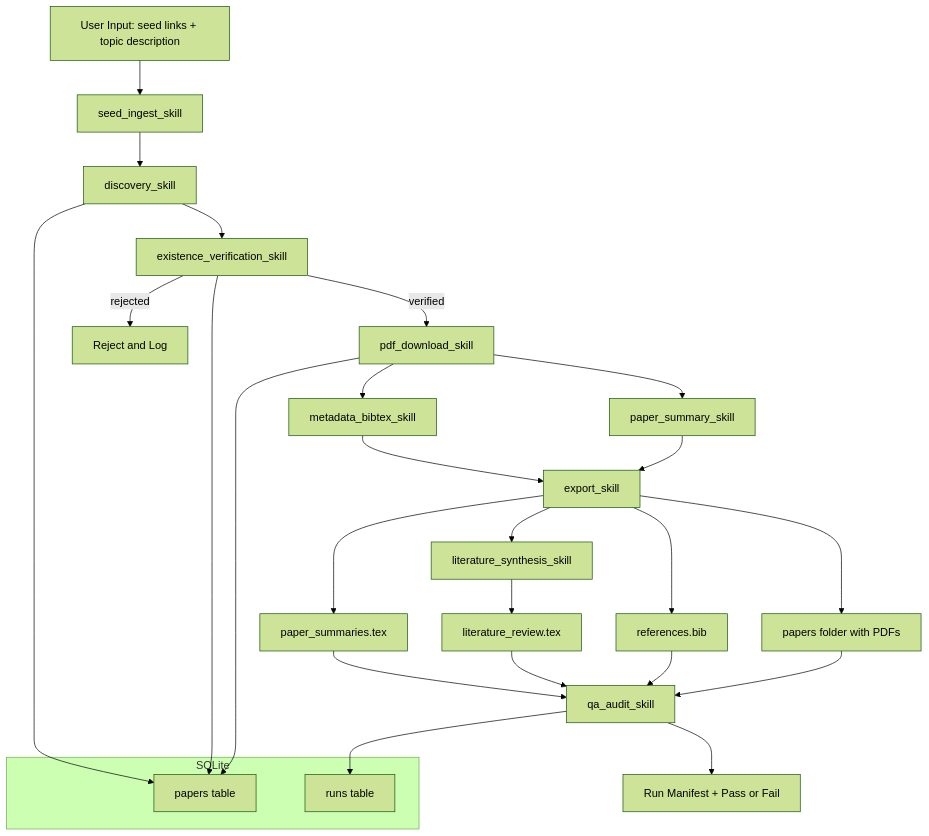
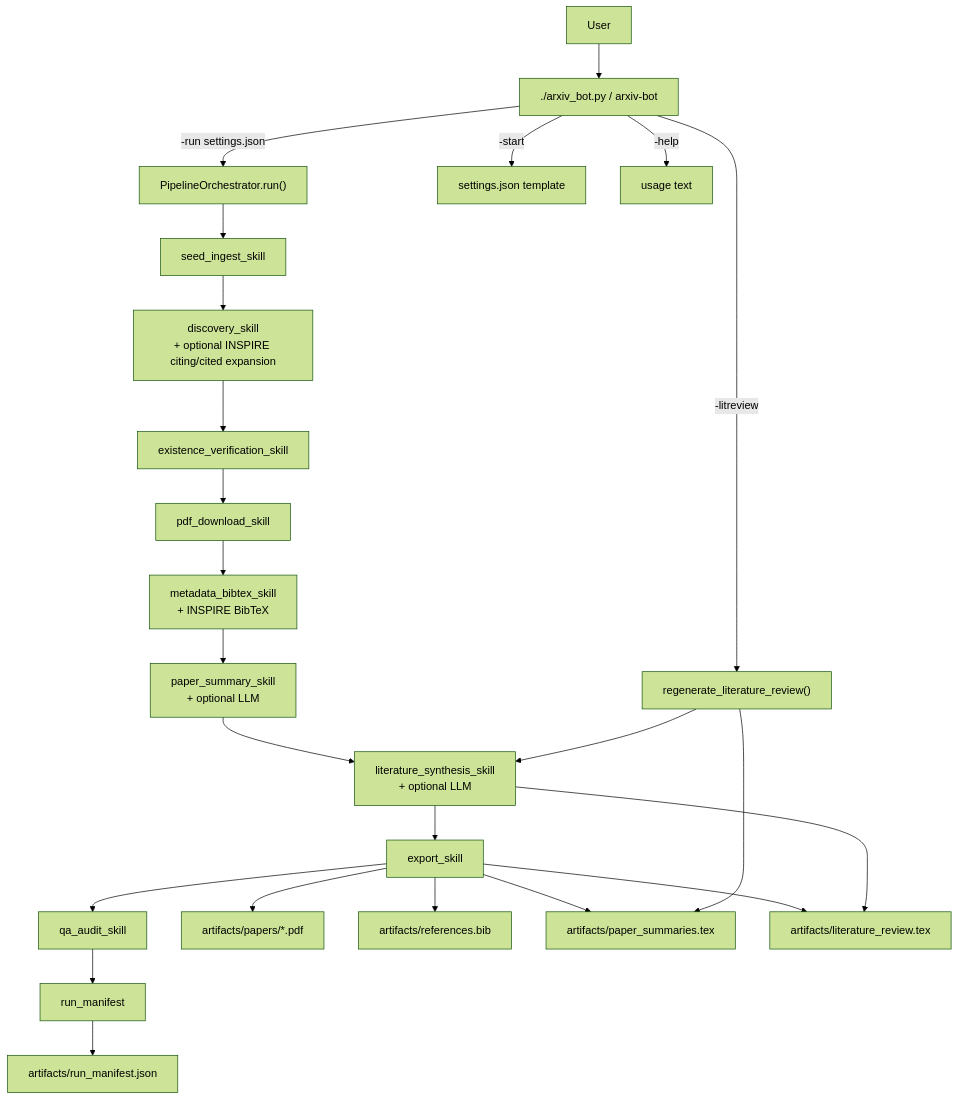
The diagram in docs/architecture.md (simonknapen86/arxiv-bot), drawn with Mermaid (forest theme) before and after one commit. The commit also changed other lines of this file and 6 other files, not shown here.

Commit message:
Clean legacy stubs and refresh architecture/docs

````diff
--- a/docs/architecture.md
+++ b/docs/architecture.md
@@ -3,32 +4,30 @@
 ```mermaid
 flowchart TD
-    A[User Input: seed links + topic description] --> B[seed_ingest_skill]
-    B --> C[discovery_skill]
-    C --> D[existence_verification_skill]
-    D -->|verified| E[pdf_download_skill]
-    D -->|rejected| X[Reject and Log]
-    E --> F[metadata_bibtex_skill]
-    E --> G[paper_summary_skill]
-    F --> H[export_skill]
-    G --> H
-    H --> I[paper_summaries.tex]
-    H --> J[literature_synthesis_skill]
-    J --> K[literature_review.tex]
-    H --> L[references.bib]
-    H --> M[papers folder with PDFs]
-    I --> N[qa_audit_skill]
-    K --> N
-    L --> N
-    M --> N
-    N --> O[Run Manifest + Pass or Fail]
+    U[User] --> CLI["./arxiv_bot.py / arxiv-bot"]
 
-    subgraph DB[SQLite]
-      P[papers table]
-      Q[runs table]
-    end
+    CLI -->|"-run settings.json"| O["PipelineOrchestrator.run()"]
+    CLI -->|"-litreview"| LR["regenerate_literature_review()"]
+    CLI -->|"-start"| ST["settings.json template"]
+    CLI -->|"-help"| HP["usage text"]
 
-    C --> P
-    D --> P
-    E --> P
-    N --> Q
+    O --> S1[seed_ingest_skill]
+    S1 --> S2[discovery_skill<br/>+ optional INSPIRE citing/cited expansion]
+    S2 --> S3[existence_verification_skill]
+    S3 --> S4[pdf_download_skill]
+    S4 --> S5[metadata_bibtex_skill<br/>+ INSPIRE BibTeX]
+    S5 --> S6[paper_summary_skill<br/>+ optional LLM]
+    S6 --> S7[literature_synthesis_skill<br/>+ optional LLM]
+    S7 --> S8[export_skill]
+    S8 --> S9[qa_audit_skill]
+    S9 --> S10[run_manifest]
+
+    S8 --> A1["artifacts/papers/*.pdf"]
+    S8 --> A2["artifacts/references.bib"]
+    S8 --> A3["artifacts/paper_summaries.tex"]
+    S8 --> A4["artifacts/literature_review.tex"]
+    S10 --> A5["artifacts/run_manifest.json"]
+
+    LR --> A3
+    LR --> S7
+    S7 --> A4
 ```
````
